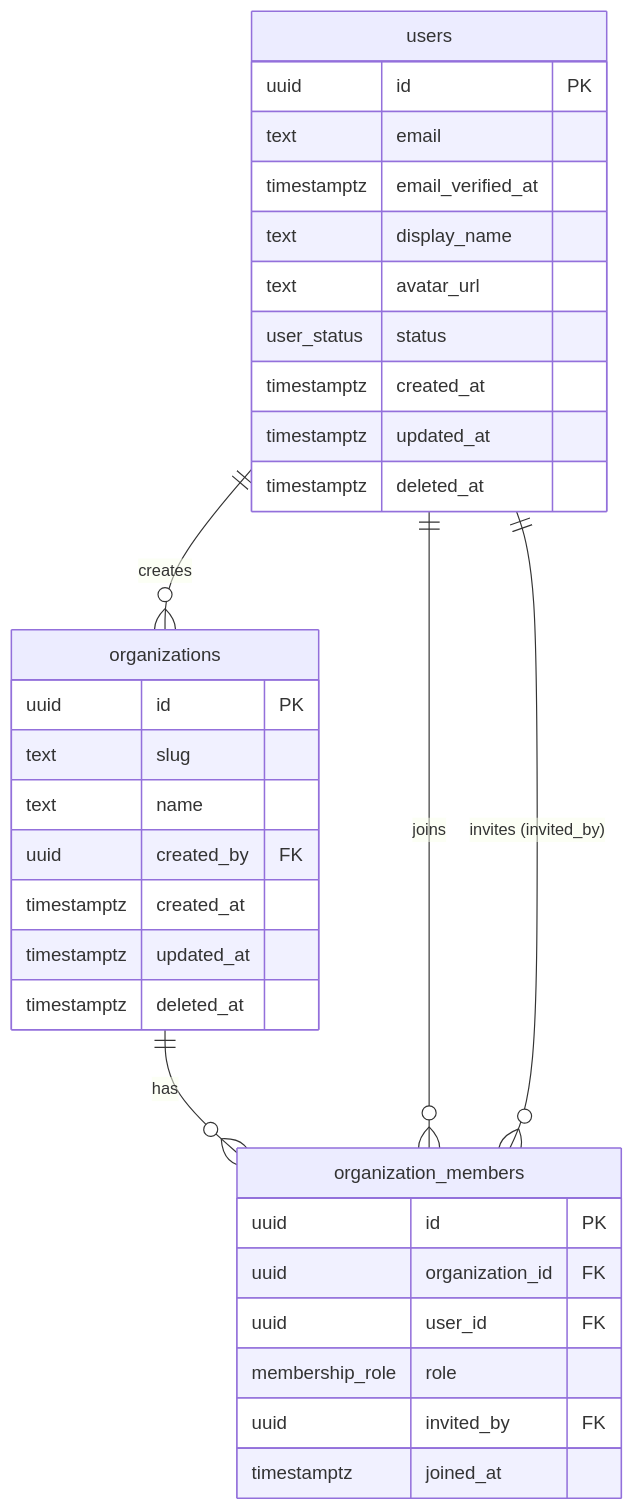
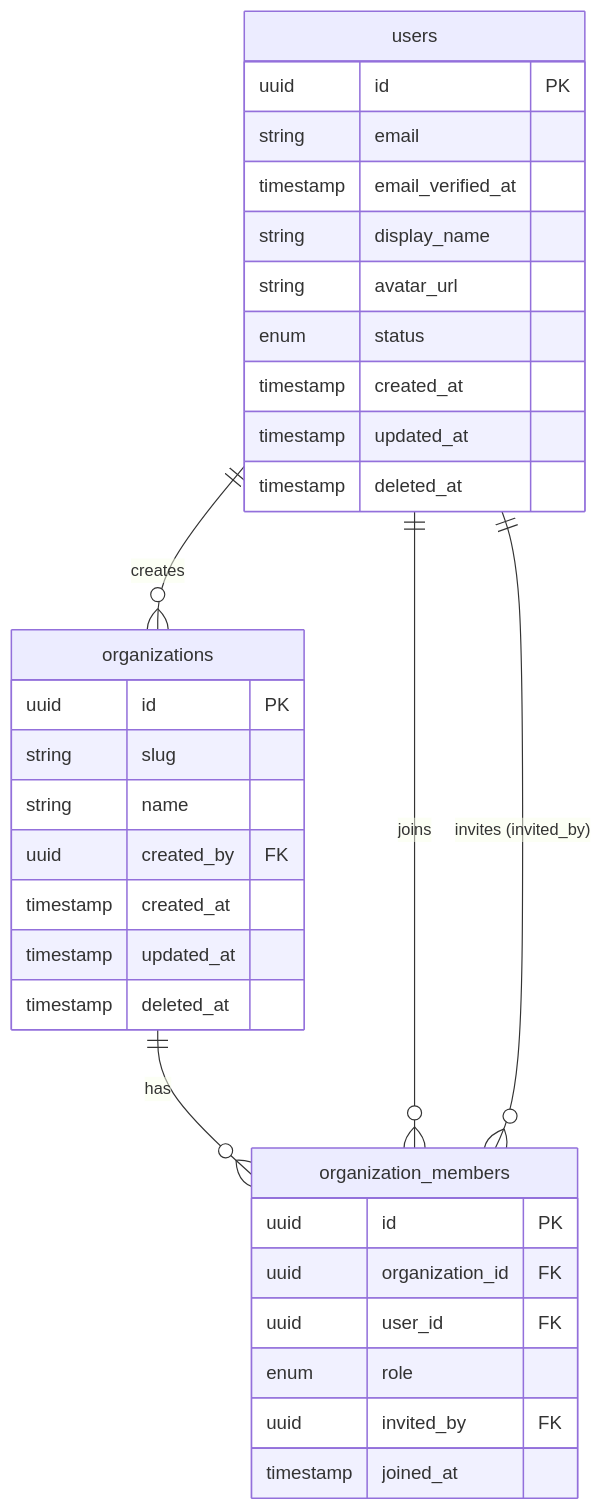
The diagram in docs/knowledge/schema/erd.md (64BitAsura/copilot-product-development-orchestrator), drawn with Mermaid before and after one commit. The commit also changed other lines of this file and 10 other files, not shown here.

First line of the commit message:
docs: replace SQL-specific schema folder with database-agnostic markdown

````diff
--- a/docs/knowledge/schema/erd.md
+++ b/docs/knowledge/schema/erd.md
@@ -10,52 +12,52 @@
 ```mermaid
 erDiagram
 
     users {
-        uuid        id              PK
-        text        email
-        timestamptz email_verified_at
-        text        display_name
-        text        avatar_url
-        user_status status
-        timestamptz created_at
-        timestamptz updated_at
-        timestamptz deleted_at
+        uuid      id                PK
+        string    email
+        timestamp email_verified_at
+        string    display_name
+        string    avatar_url
+        enum      status
+        timestamp created_at
+        timestamp updated_at
+        timestamp deleted_at
     }
 
     organizations {
-        uuid        id          PK
-        text        slug
-        text        name
-        uuid        created_by  FK
-        timestamptz created_at
-        timestamptz updated_at
-        timestamptz deleted_at
+        uuid      id          PK
+        string    slug
+        string    name
+        uuid      created_by  FK
+        timestamp created_at
+        timestamp updated_at
+        timestamp deleted_at
     }
 
     organization_members {
-        uuid            id              PK
-        uuid            organization_id FK
-        uuid            user_id         FK
-        membership_role role
-        uuid            invited_by      FK
-        timestamptz     joined_at
+        uuid      id              PK
+        uuid      organization_id FK
+        uuid      user_id         FK
+        enum      role
+        uuid      invited_by      FK
+        timestamp joined_at
     }
 
     %% --- Add your product's entities here ---
     %% your_entity {
-    %%     uuid  id              PK
-    %%     uuid  organization_id FK
-    %%     uuid  created_by      FK
-    %%     text  name
+    %%     uuid   id              PK
+    %%     uuid   organization_id FK
+    %%     uuid   created_by      FK
+    %%     string name
     %% }
 
     %% Relationships
     users               ||--o{    organizations           : "creates"
     organizations       ||--o{    organization_members    : "has"
     users               ||--o{    organization_members    : "joins"
     users               ||--o{    organization_members    : "invites (invited_by)"
 
     %% Add your relationships:
     %% organizations  ||--o{ your_entity : "contains"
     %% users          ||--o{ your_entity : "creates"
 ```
````
